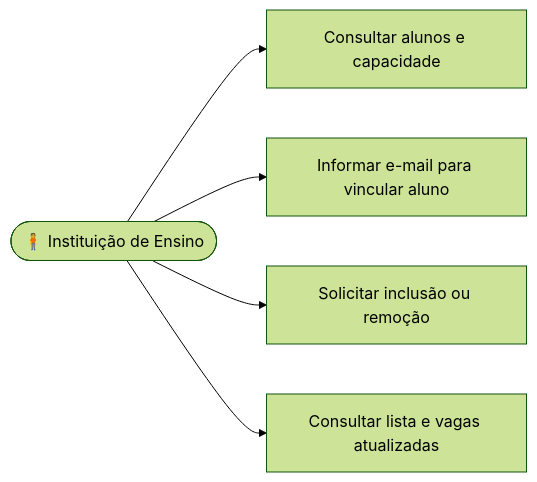
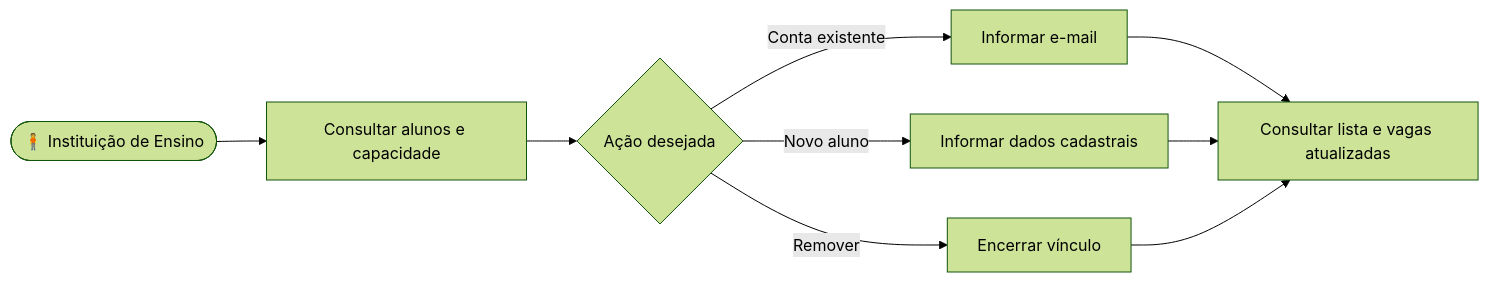
One commit to JoaoLRS/IVIS changed the diagram in etc/cdu/CDU-13-gerenciar-alunos-vinculados.md. Above: the diagram before and after it, drawn with Mermaid (forest theme). The commit also changed other lines of this file and 77 other files, not shown here.

````diff
--- a/etc/cdu/CDU-13-gerenciar-alunos-vinculados.md
+++ b/etc/cdu/CDU-13-gerenciar-alunos-vinculados.md
@@ -46,8 +48,12 @@
 ```mermaid
 flowchart LR
     ator(["🧍 Instituição de Ensino"])
     ator --> a1["Consultar alunos e capacidade"]
-    ator --> a2["Informar e-mail para vincular aluno"]
-    ator --> a3["Solicitar inclusão ou remoção"]
-    ator --> a4["Consultar lista e vagas atualizadas"]
+    a1 --> a2{"Ação desejada"}
+    a2 -->|Conta existente| a3["Informar e-mail"]
+    a2 -->|Novo aluno| a4["Informar dados cadastrais"]
+    a2 -->|Remover| a5["Encerrar vínculo"]
+    a3 --> a6["Consultar lista e vagas atualizadas"]
+    a4 --> a6
+    a5 --> a6
 ```
````
